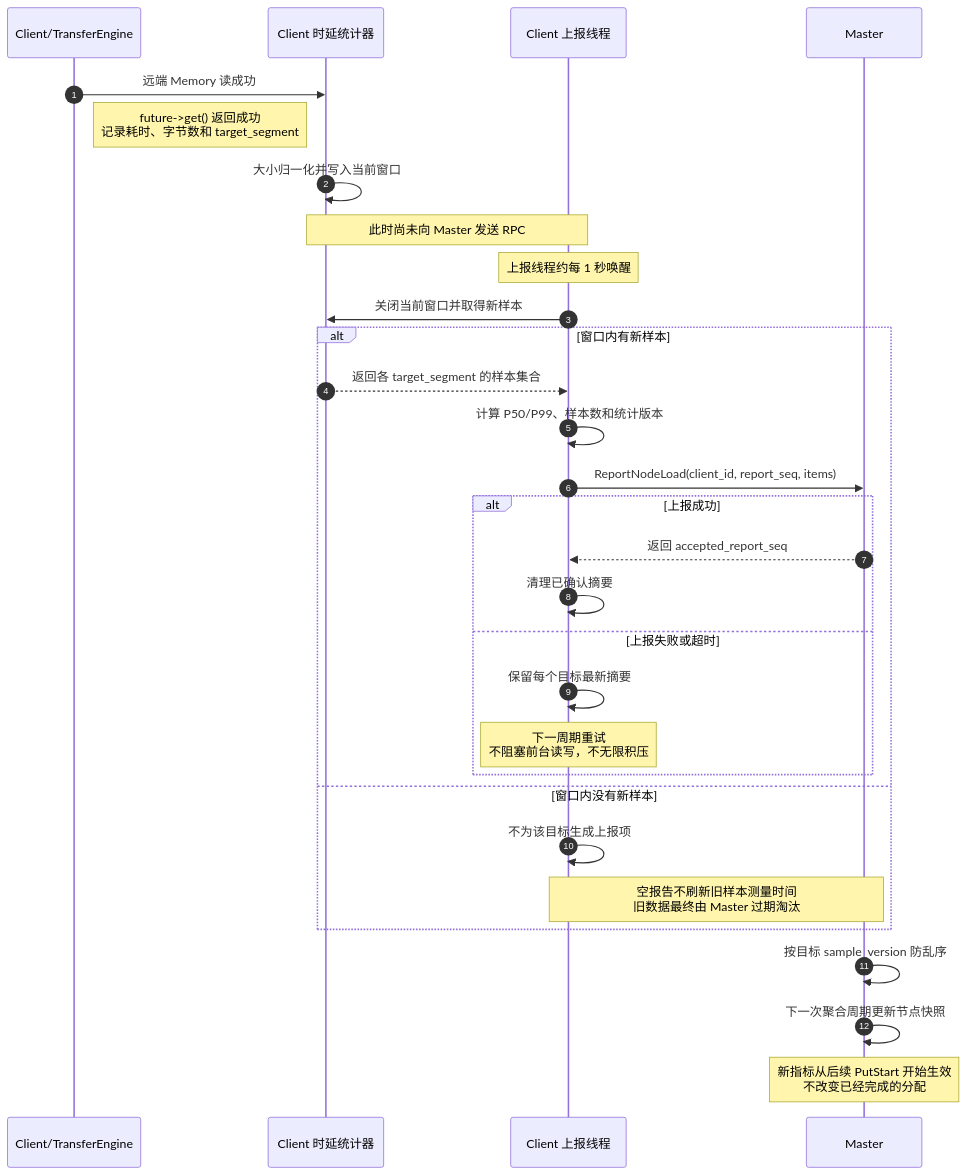
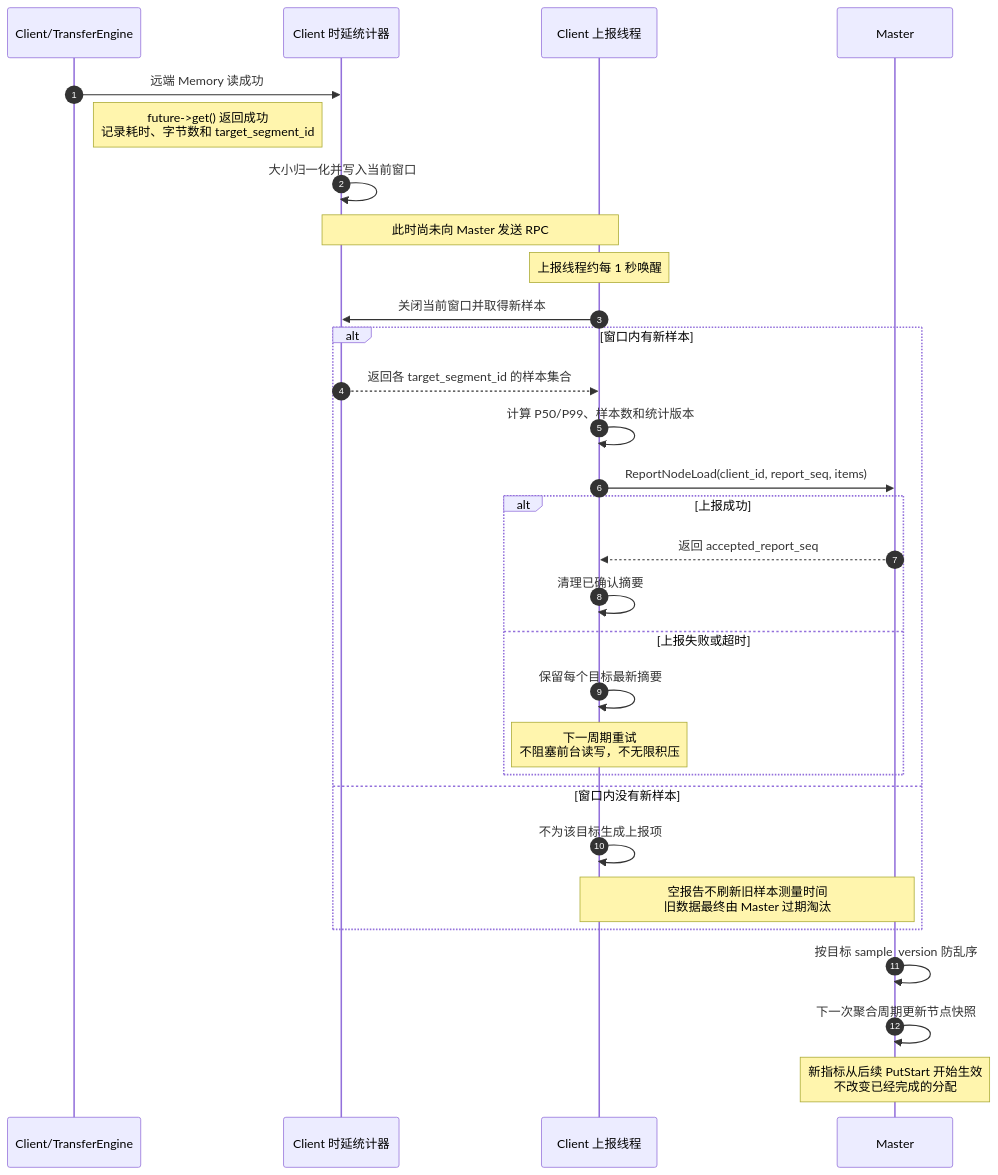
Before and after one commit to ma-xiang/Mooncake: the second of 10 diagrams in analyze/mooncake-store-node-level-scheduling.md, drawn with Mermaid. The commit also changed other lines of this file, not shown here.

````diff
--- a/analyze/mooncake-store-node-level-scheduling.md
+++ b/analyze/mooncake-store-node-level-scheduling.md
@@ -168,36 +167,36 @@
 ```mermaid
 sequenceDiagram
     autonumber
     participant TE as Client/TransferEngine
     participant S as Client 时延统计器
     participant U as Client 上报线程
     participant M as Master
 
     TE->>S: 远端 Memory 读成功
-    Note right of TE: future->get() 返回成功<br/>记录耗时、字节数和 target_segment
+    Note right of TE: future->get() 返回成功<br/>记录耗时、字节数和 target_segment_id
     S->>S: 大小归一化并写入当前窗口
     Note over S,U: 此时尚未向 Master 发送 RPC
 
     Note over U: 上报线程约每 1 秒唤醒
     U->>S: 关闭当前窗口并取得新样本
 
     alt 窗口内有新样本
-        S-->>U: 返回各 target_segment 的样本集合
+        S-->>U: 返回各 target_segment_id 的样本集合
         U->>U: 计算 P50/P99、样本数和统计版本
         U->>M: ReportNodeLoad(client_id, report_seq, items)
         alt 上报成功
             M-->>U: 返回 accepted_report_seq
             U->>U: 清理已确认摘要
         else 上报失败或超时
             U->>U: 保留每个目标最新摘要
             Note over U: 下一周期重试<br/>不阻塞前台读写，不无限积压
         end
     else 窗口内没有新样本
         U->>U: 不为该目标生成上报项
         Note over U,M: 空报告不刷新旧样本测量时间<br/>旧数据最终由 Master 过期淘汰
     end
 
     M->>M: 按目标 sample_version 防乱序
     M->>M: 下一次聚合周期更新节点快照
     Note over M: 新指标从后续 PutStart 开始生效<br/>不改变已经完成的分配
 ```
````
